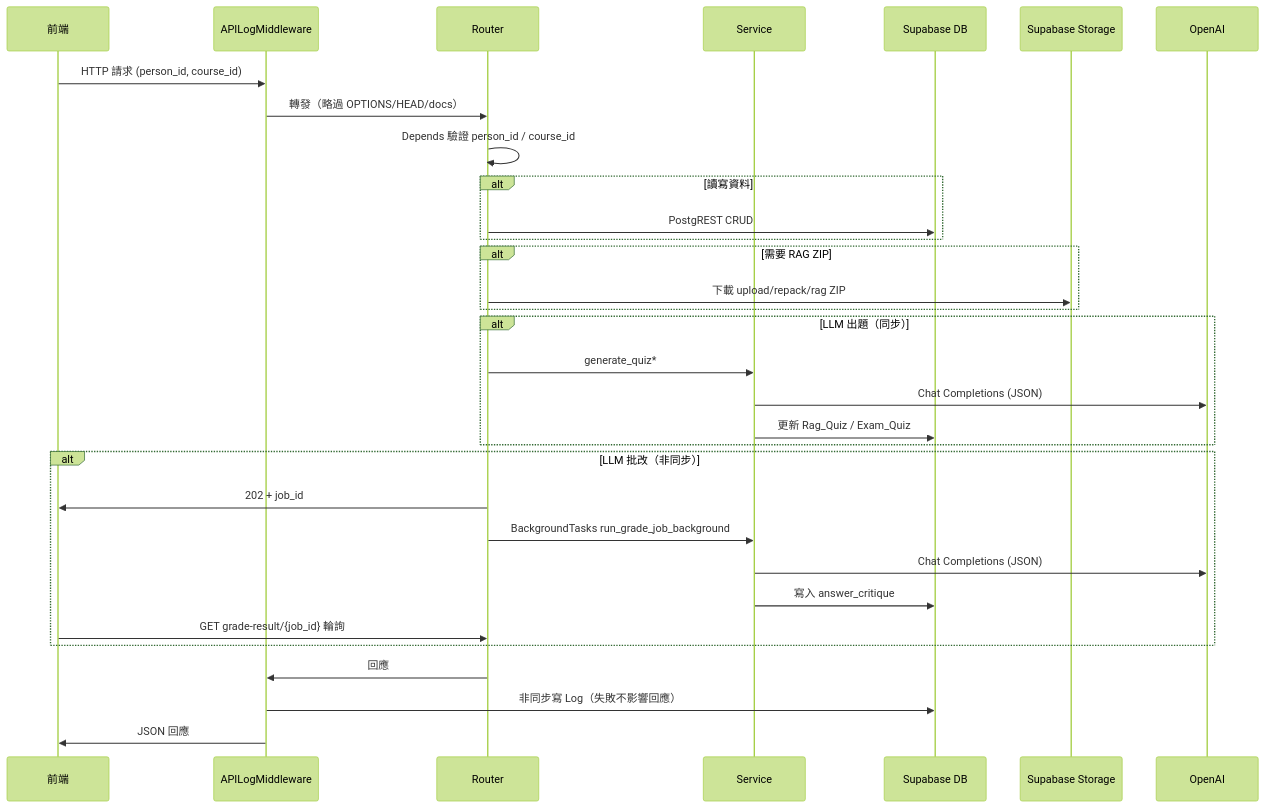
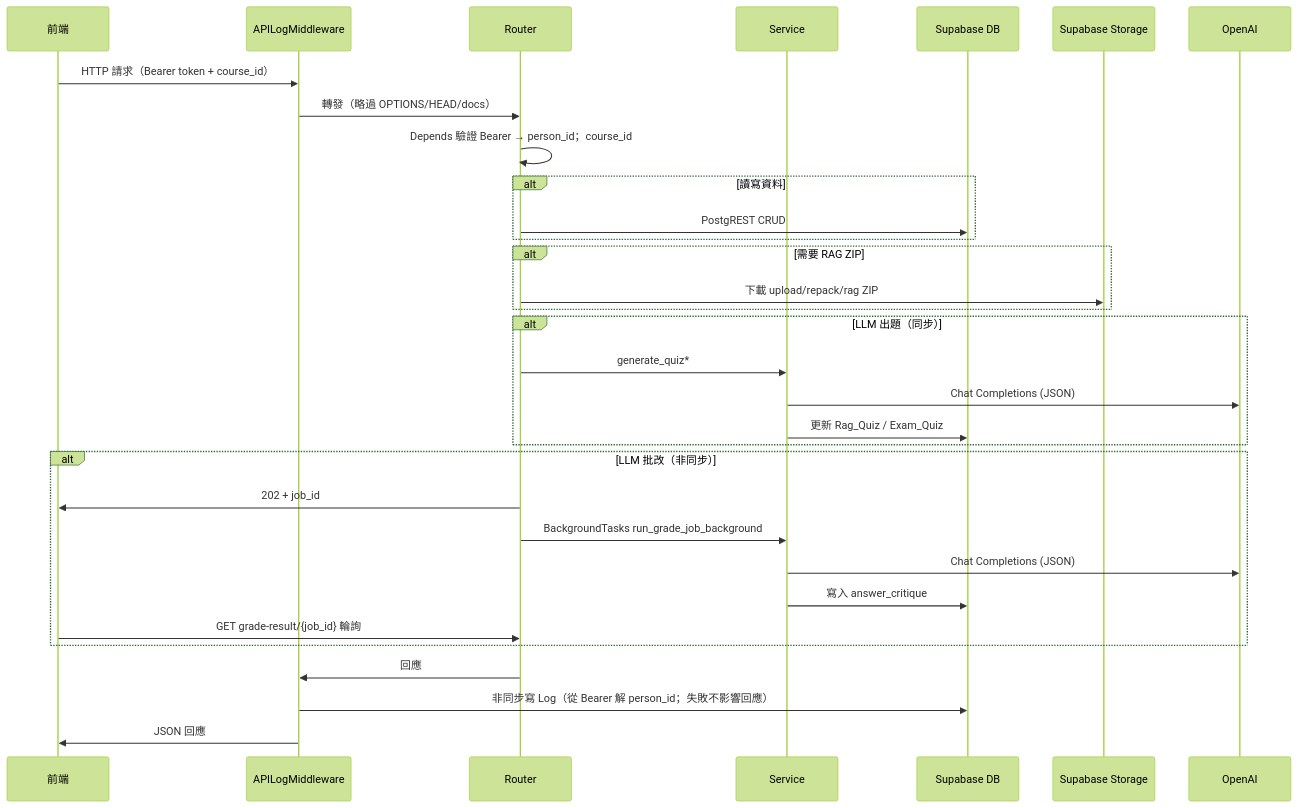
Before and after one commit to kevin7261/MyQuiz-ai-backend: the second of 6 diagrams in README.md, drawn with Mermaid (forest theme). The commit also changed other lines of this file, not shown here.

````diff
--- a/README.md
+++ b/README.md
@@ -113,35 +118,35 @@
 ```mermaid
 sequenceDiagram
     participant FE as 前端
     participant MW as APILogMiddleware
     participant RT as Router
     participant SV as Service
     participant DB as Supabase DB
     participant ST as Supabase Storage
     participant LLM as OpenAI
 
-    FE->>MW: HTTP 請求 (person_id, course_id)
+    FE->>MW: HTTP 請求（Bearer token + course_id）
     MW->>RT: 轉發（略過 OPTIONS/HEAD/docs）
-    RT->>RT: Depends 驗證 person_id / course_id
+    RT->>RT: Depends 驗證 Bearer → person_id；course_id
     alt 讀寫資料
         RT->>DB: PostgREST CRUD
     end
     alt 需要 RAG ZIP
         RT->>ST: 下載 upload/repack/rag ZIP
     end
     alt LLM 出題（同步）
         RT->>SV: generate_quiz*
         SV->>LLM: Chat Completions (JSON)
         SV->>DB: 更新 Rag_Quiz / Exam_Quiz
     end
     alt LLM 批改（非同步）
         RT->>FE: 202 + job_id
         RT->>SV: BackgroundTasks run_grade_job_background
         SV->>LLM: Chat Completions (JSON)
         SV->>DB: 寫入 answer_critique
         FE->>RT: GET grade-result/{job_id} 輪詢
     end
     RT->>MW: 回應
-    MW->>DB: 非同步寫 Log（失敗不影響回應）
+    MW->>DB: 非同步寫 Log（從 Bearer 解 person_id；失敗不影響回應）
     MW->>FE: JSON 回應
 ```
````
